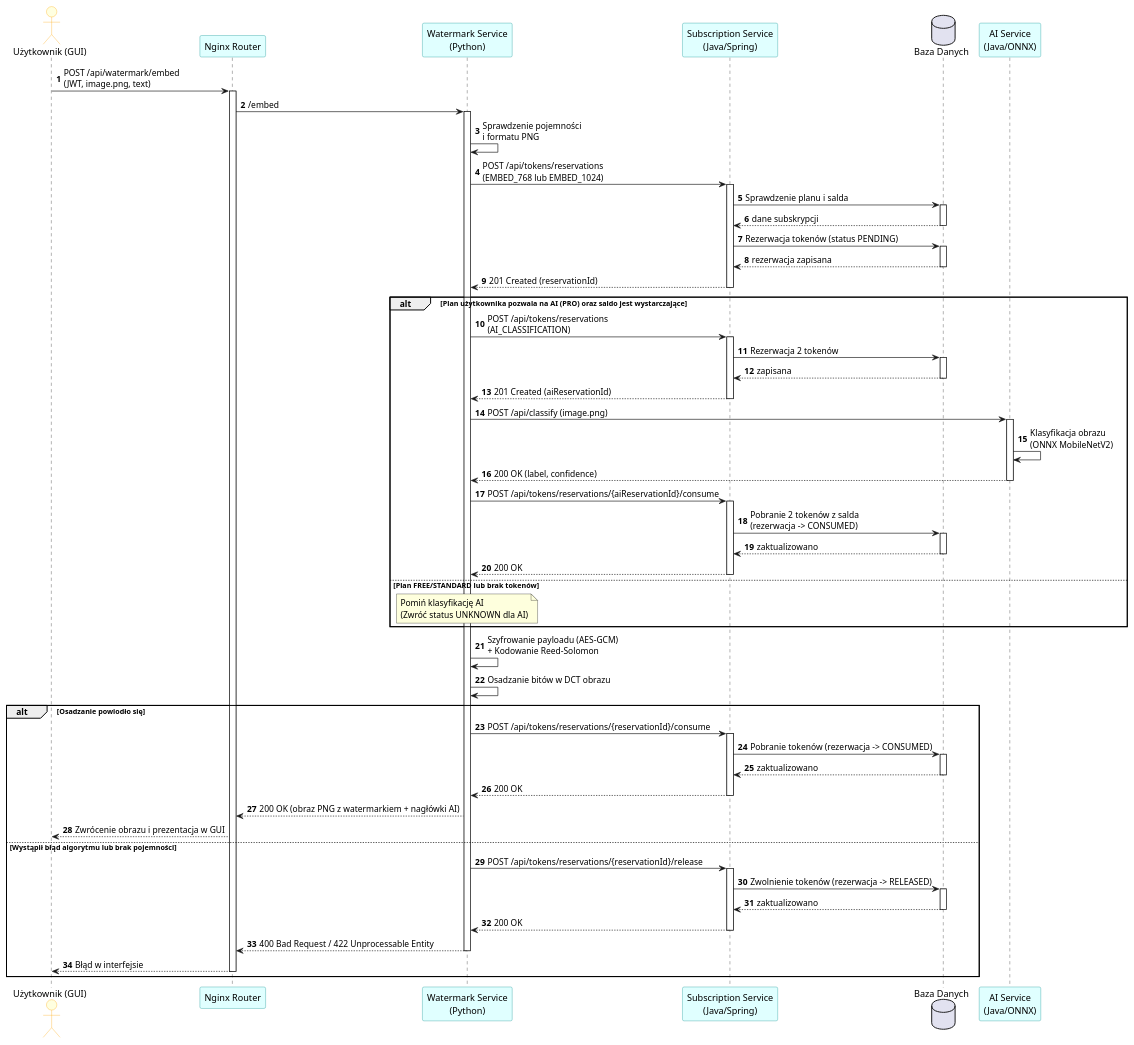
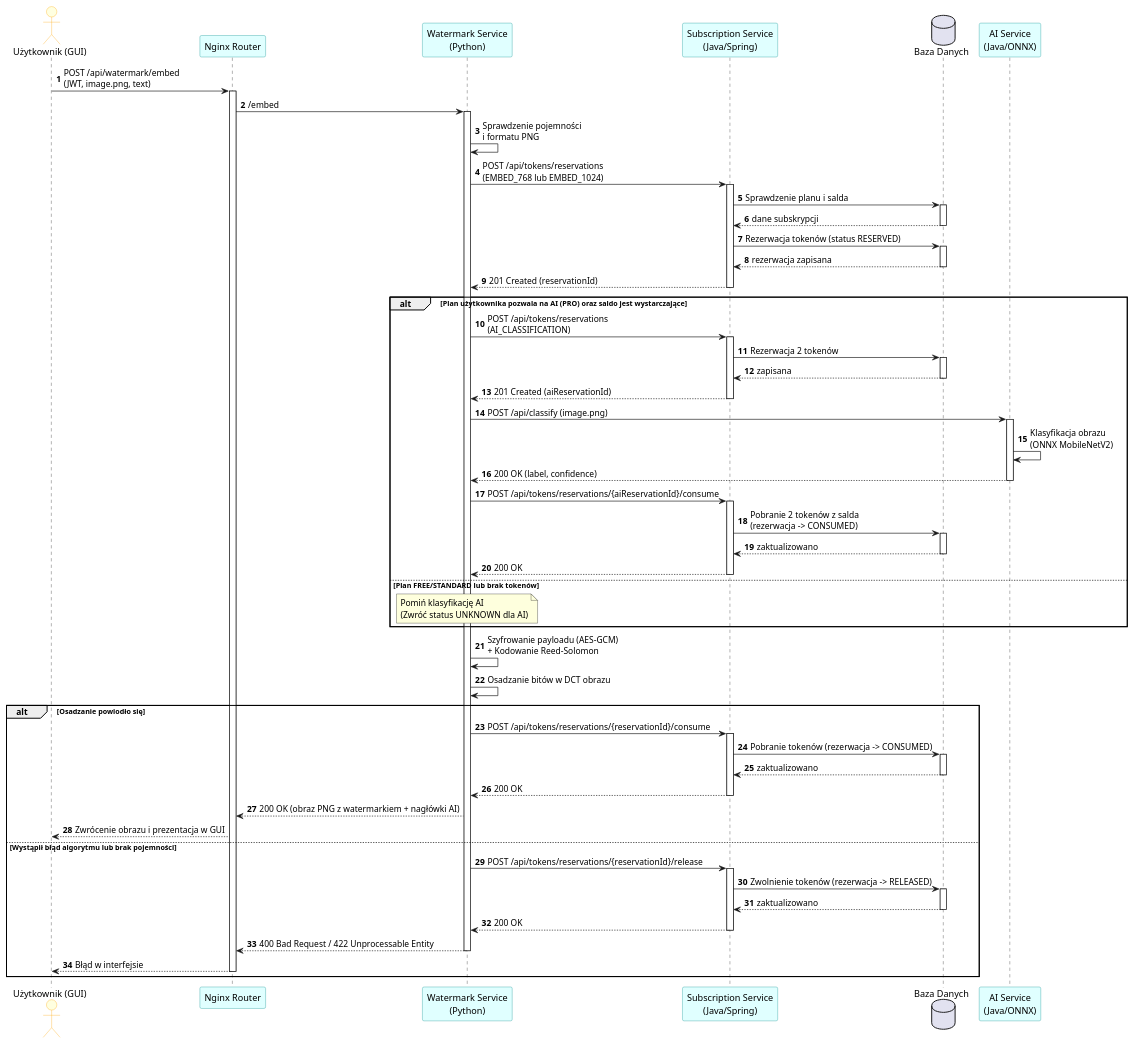
One commit to MateuszKosowski/pl-java2026 changed the diagram in dokumentacja/seq_embed_ai.puml. Above: the diagram before and after it, drawn with PlantUML. The commit also changed 20 other files, not shown here.

Commit message:
docs: correct UML/spec to match code and add UI screenshots

```diff
--- a/dokumentacja/seq_embed_ai.puml
+++ b/dokumentacja/seq_embed_ai.puml
@@ -1,95 +1,95 @@
 @startuml
 autonumber
 skinparam BoxBackgroundColor LightGray
 skinparam BoxBorderColor Gray
 skinparam ParticipantBackgroundColor LightCyan
 skinparam ParticipantBorderColor DarkCyan
 skinparam ActorBackgroundColor LightYellow
 skinparam ActorBorderColor Orange
 
 actor "Użytkownik (GUI)" as gui
 participant "Nginx Router" as nginx
 participant "Watermark Service\n(Python)" as wm
 participant "Subscription Service\n(Java/Spring)" as sub
 database "Baza Danych" as db
 participant "AI Service\n(Java/ONNX)" as ai
 
 gui -> nginx : POST /api/watermark/embed\n(JWT, image.png, text)
 activate nginx
 nginx -> wm : /embed
 activate wm
 
 wm -> wm : Sprawdzenie pojemności\ni formatu PNG
 wm -> sub : POST /api/tokens/reservations\n(EMBED_768 lub EMBED_1024)
 activate sub
 
 sub -> db : Sprawdzenie planu i salda
 activate db
 db --> sub : dane subskrypcji
 deactivate db
 
-sub -> db : Rezerwacja tokenów (status PENDING)
+sub -> db : Rezerwacja tokenów (status RESERVED)
 activate db
 db --> sub : rezerwacja zapisana
 deactivate db
 
 sub --> wm : 201 Created (reservationId)
 deactivate sub
 
 alt Plan użytkownika pozwala na AI (PRO) oraz saldo jest wystarczające
     wm -> sub : POST /api/tokens/reservations\n(AI_CLASSIFICATION)
     activate sub
     sub -> db : Rezerwacja 2 tokenów
     activate db
     db --> sub : zapisana
     deactivate db
     sub --> wm : 201 Created (aiReservationId)
     deactivate sub
     
     wm -> ai : POST /api/classify (image.png)
     activate ai
     ai -> ai : Klasyfikacja obrazu\n(ONNX MobileNetV2)
     ai --> wm : 200 OK (label, confidence)
     deactivate ai
     
     wm -> sub : POST /api/tokens/reservations/{aiReservationId}/consume
     activate sub
     sub -> db : Pobranie 2 tokenów z salda\n(rezerwacja -> CONSUMED)
     activate db
     db --> sub : zaktualizowano
     deactivate db
     sub --> wm : 200 OK
     deactivate sub
 else Plan FREE/STANDARD lub brak tokenów
     note over wm : Pomiń klasyfikację AI\n(Zwróć status UNKNOWN dla AI)
 end
 
 wm -> wm : Szyfrowanie payloadu (AES-GCM)\n+ Kodowanie Reed-Solomon
 wm -> wm : Osadzanie bitów w DCT obrazu
 
 alt Osadzanie powiodło się
     wm -> sub : POST /api/tokens/reservations/{reservationId}/consume
     activate sub
     sub -> db : Pobranie tokenów (rezerwacja -> CONSUMED)
     activate db
     db --> sub : zaktualizowano
     deactivate db
     sub --> wm : 200 OK
     deactivate sub
     wm --> nginx : 200 OK (obraz PNG z watermarkiem + nagłówki AI)
     nginx --> gui : Zwrócenie obrazu i prezentacja w GUI
 else Wystąpił błąd algorytmu lub brak pojemności
     wm -> sub : POST /api/tokens/reservations/{reservationId}/release
     activate sub
     sub -> db : Zwolnienie tokenów (rezerwacja -> RELEASED)
     activate db
     db --> sub : zaktualizowano
     deactivate db
     sub --> wm : 200 OK
     deactivate sub
     wm --> nginx : 400 Bad Request / 422 Unprocessable Entity
     deactivate wm
     nginx --> gui : Błąd w interfejsie
     deactivate nginx
 end
 @enduml
```
